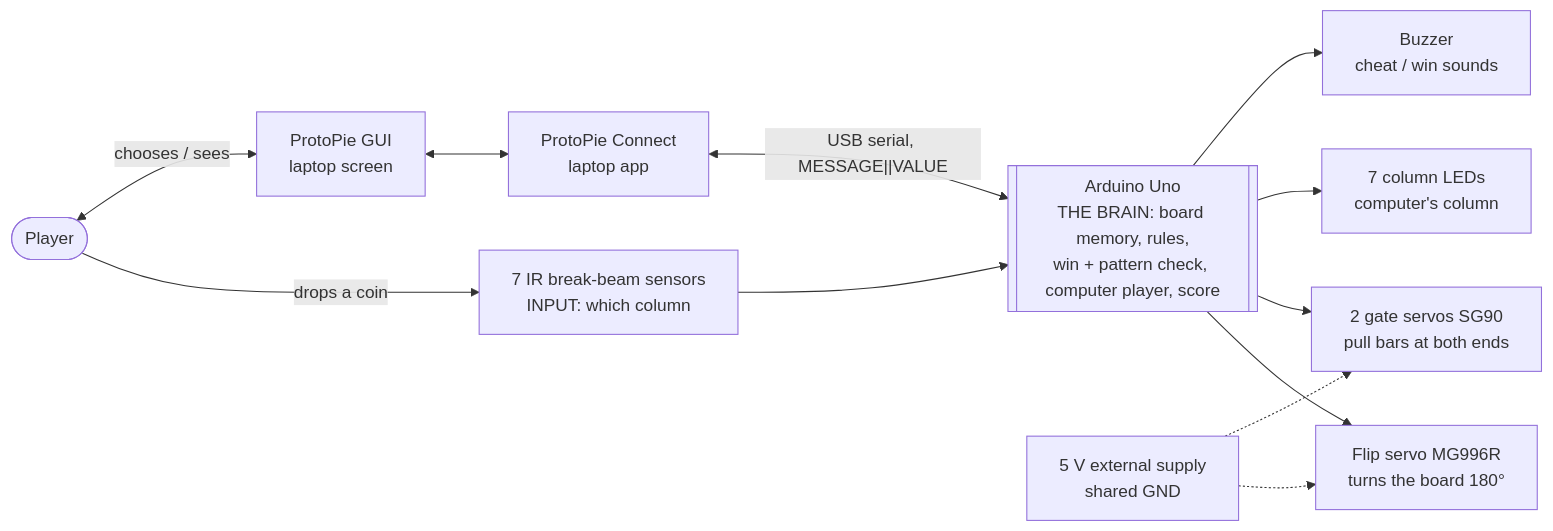
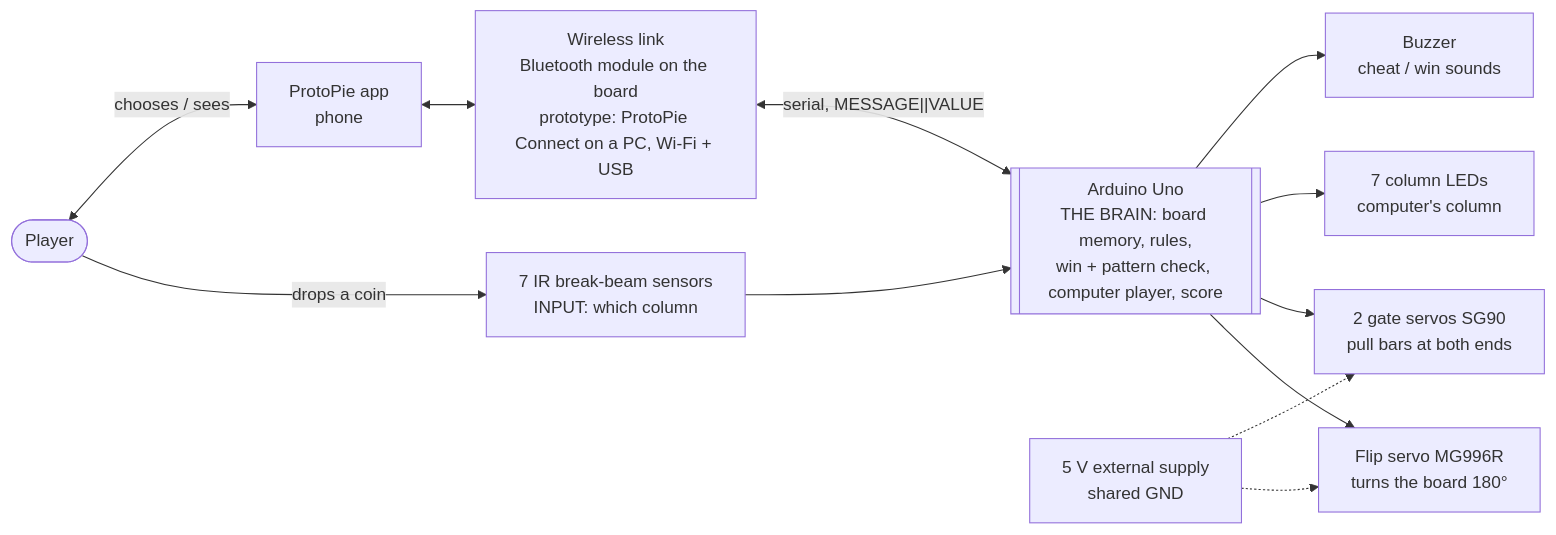
One commit to d4nygo/connect-four-flip changed the diagram in docs/07-presentation.md. Above: the diagram before and after it, drawn with Mermaid. The commit also changed other lines of this file and 6 other files, not shown here.

First line of the commit message:
Switch the GUI to a phone app; restore lost team-chat decision entry

````diff
--- a/docs/07-presentation.md
+++ b/docs/07-presentation.md
@@ -44,14 +44,14 @@
 ```mermaid
 flowchart LR
   P([Player]) -- drops a coin --> IR[7 IR break-beam sensors<br/>INPUT: which column]
-  P <-- chooses / sees --> GUI[ProtoPie GUI<br/>laptop screen]
-  GUI <--> PC[ProtoPie Connect<br/>laptop app]
-  PC <-- "USB serial, MESSAGE||VALUE" --> A[[Arduino Uno<br/>THE BRAIN: board memory, rules,<br/>win + pattern check, computer player, score]]
+  P <-- chooses / sees --> GUI[ProtoPie app<br/>phone]
+  GUI <--> PC[Wireless link<br/>Bluetooth module on the board<br/>prototype: ProtoPie Connect on a PC, Wi-Fi + USB]
+  PC <-- "serial, MESSAGE||VALUE" --> A[[Arduino Uno<br/>THE BRAIN: board memory, rules,<br/>win + pattern check, computer player, score]]
   IR --> A
   A --> FS[Flip servo MG996R<br/>turns the board 180°]
   A --> GS[2 gate servos SG90<br/>pull bars at both ends]
   A --> LED[7 column LEDs<br/>computer's column]
   A --> BZ[Buzzer<br/>cheat / win sounds]
   PWR[5 V external supply<br/>shared GND] -.-> FS
   PWR -.-> GS
 ```
````
